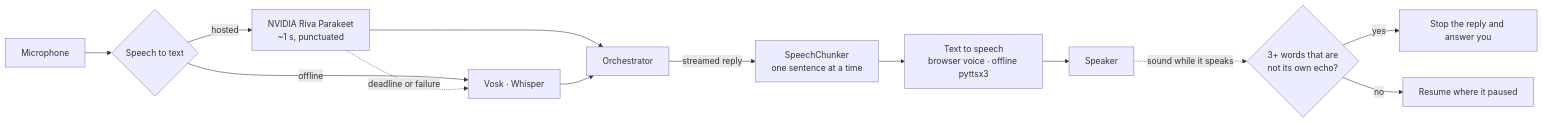
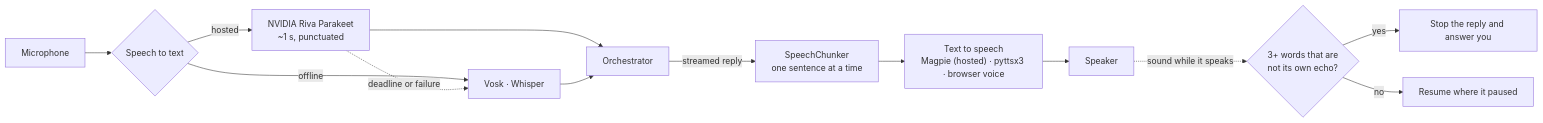
The fourth of 8 diagrams in README.md (JeevanReddy0828/Personal-AI-Agent-Assistant), drawn with Mermaid before and after one commit. The commit also changed other lines of this file and 9 other files, not shown here.

First line of the commit message:
Speak with NVIDIA's hosted Magpie voice in the app window

````diff
--- a/README.md
+++ b/README.md
@@ -360,15 +360,15 @@
 ```mermaid
 flowchart LR
   MIC[Microphone] --> STT{Speech to text}
   STT -->|hosted| RIVA["NVIDIA Riva Parakeet<br/>~1 s, punctuated"]
   STT -->|offline| LOCAL["Vosk · Whisper"]
   RIVA -.->|"deadline or failure"| LOCAL
   RIVA --> ORC[Orchestrator]
   LOCAL --> ORC
   ORC -->|streamed reply| CHUNK["SpeechChunker<br/>one sentence at a time"]
-  CHUNK --> TTS["Text to speech<br/>browser voice · offline pyttsx3"]
+  CHUNK --> TTS["Text to speech<br/>Magpie (hosted) · pyttsx3 · browser voice"]
   TTS --> SPK[Speaker]
   SPK -.->|"sound while it speaks"| BARGE{"3+ words that are<br/>not its own echo?"}
   BARGE -->|yes| STOP[Stop the reply and answer you]
   BARGE -->|no| RESUME[Resume where it paused]
 ```
````
